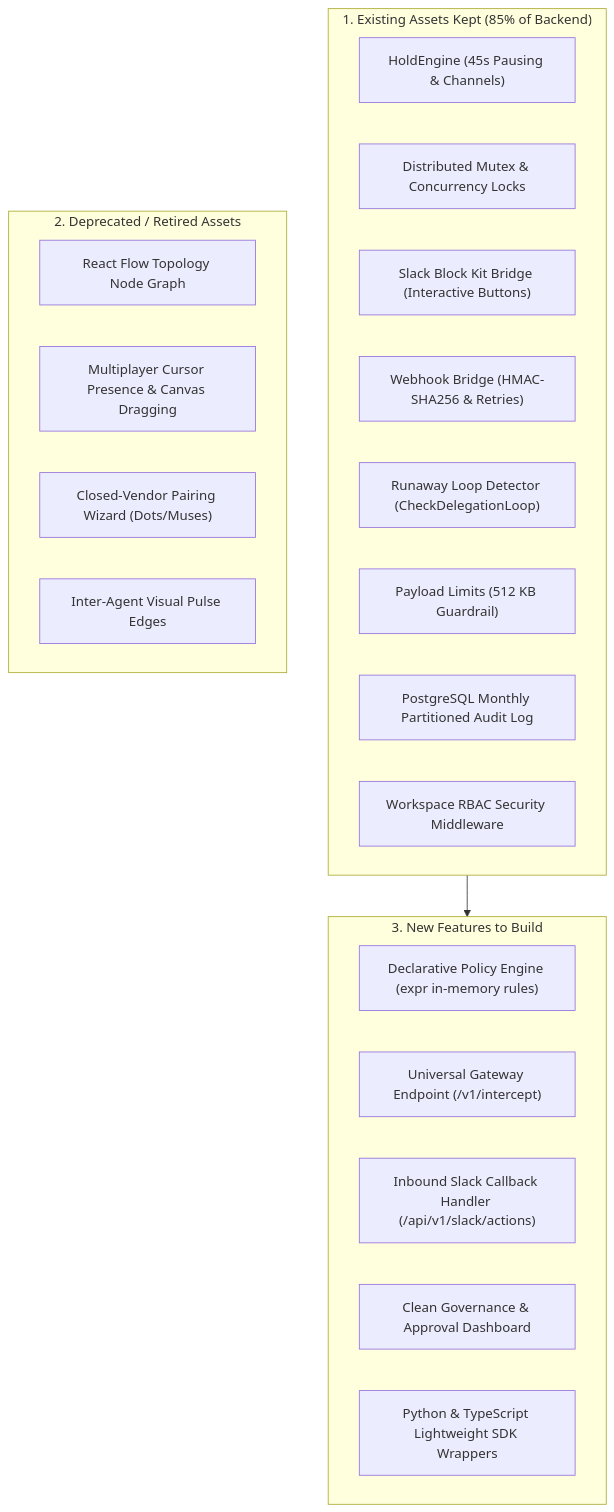
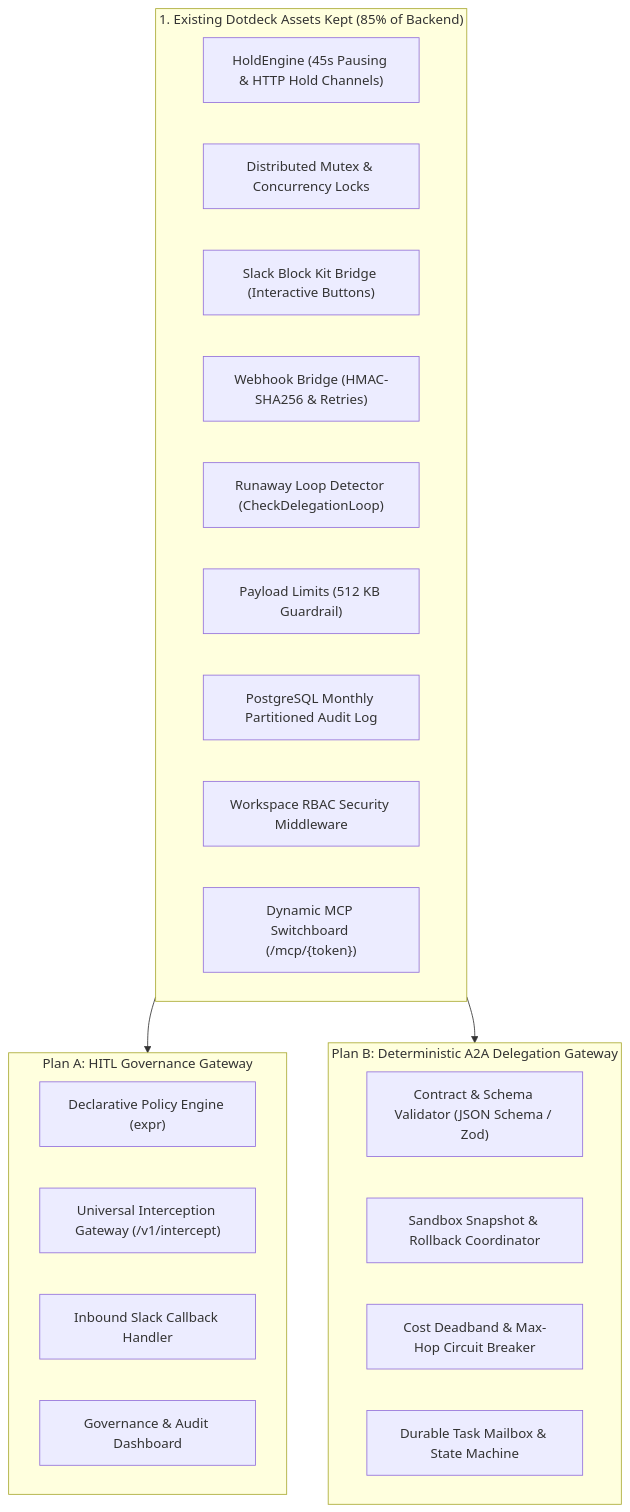
The diagram in plans/plan-12-strategic-pivot-hitl-governance-gateway.md (Souheil007/Dotdeck), drawn with Mermaid before and after one commit. The commit also changed other lines of this file and 1 other file, not shown here.

Commit message:
docs(plans): add Plan B deterministic A2A delegation switchboard to plan 12

````diff
--- a/plans/plan-12-strategic-pivot-hitl-governance-gateway.md
+++ b/plans/plan-12-strategic-pivot-hitl-governance-gateway.md
@@ -26,30 +34,31 @@
 ```mermaid
 flowchart TD
-    subgraph KEEP ["1. Existing Assets Kept (85% of Backend)"]
-        HE["HoldEngine (45s Pausing & Channels)"]
+    subgraph KEEP ["1. Existing Dotdeck Assets Kept (85% of Backend)"]
+        HE["HoldEngine (45s Pausing & HTTP Hold Channels)"]
         DL["Distributed Mutex & Concurrency Locks"]
         SB["Slack Block Kit Bridge (Interactive Buttons)"]
         WB["Webhook Bridge (HMAC-SHA256 & Retries)"]
         RL["Runaway Loop Detector (CheckDelegationLoop)"]
         PL["Payload Limits (512 KB Guardrail)"]
         PT["PostgreSQL Monthly Partitioned Audit Log"]
         RB["Workspace RBAC Security Middleware"]
+        MCP["Dynamic MCP Switchboard (/mcp/{token})"]
     end
 
-    subgraph DEPRECATE ["2. Deprecated / Retired Assets"]
-        RF["React Flow Topology Node Graph"]
-        MP["Multiplayer Cursor Presence & Canvas Dragging"]
-        CW["Closed-Vendor Pairing Wizard (Dots/Muses)"]
-        DE["Inter-Agent Visual Pulse Edges"]
+    subgraph PLAN_A ["Plan A: HITL Governance Gateway"]
+        PE["Declarative Policy Engine (expr)"]
+        UG["Universal Interception Gateway (/v1/intercept)"]
+        SC["Inbound Slack Callback Handler"]
+        GD["Governance & Audit Dashboard"]
     end
 
-    subgraph BUILD ["3. New Features to Build"]
-        PE["Declarative Policy Engine (expr in-memory rules)"]
-        UG["Universal Gateway Endpoint (/v1/intercept)"]
-        SC["Inbound Slack Callback Handler (/api/v1/slack/actions)"]
-        DB["Clean Governance & Approval Dashboard"]
-        SDK["Python & TypeScript Lightweight SDK Wrappers"]
+    subgraph PLAN_B ["Plan B: Deterministic A2A Delegation Gateway"]
+        CV["Contract & Schema Validator (JSON Schema / Zod)"]
+        SS["Sandbox Snapshot & Rollback Coordinator"]
+        CB["Cost Deadband & Max-Hop Circuit Breaker"]
+        MB["Durable Task Mailbox & State Machine"]
     end
 
-    KEEP --> BUILD
+    KEEP --> PLAN_A
+    KEEP --> PLAN_B
 ```
````
